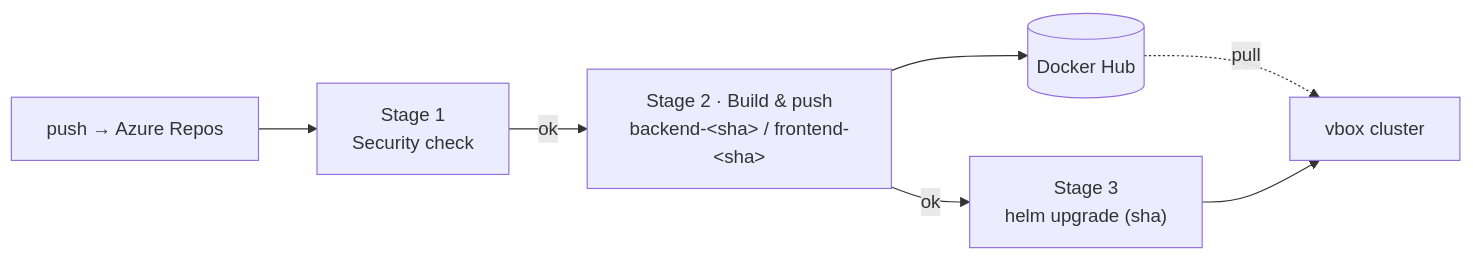
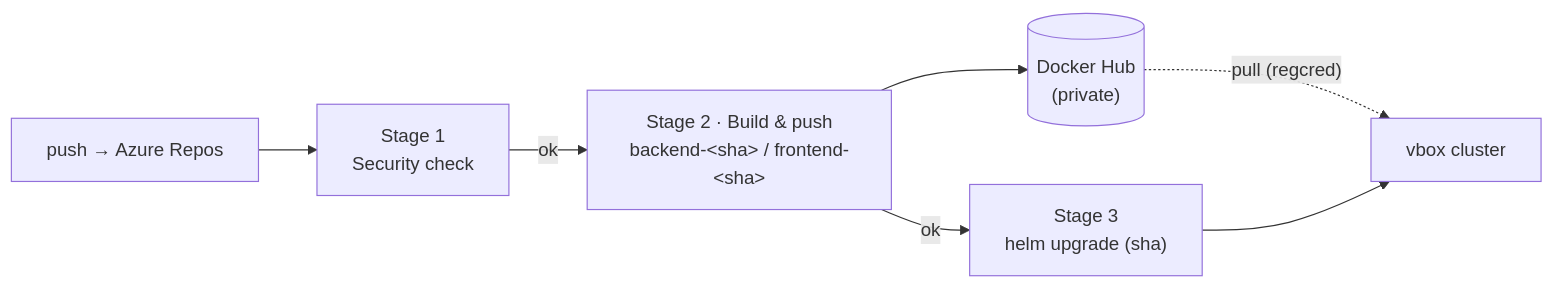
Before and after one commit to thientr18/MERN-simple-app: the first of 2 diagrams in README.md, drawn with Mermaid. The commit also changed other lines of this file and 3 other files, not shown here.

````diff
--- a/README.md
+++ b/README.md
@@ -18,9 +19,9 @@
 ```mermaid
 flowchart LR
     P["push → Azure Repos"] --> S["Stage 1<br/>Security check"]
     S -->|ok| B["Stage 2 · Build & push<br/>backend-&lt;sha&gt; / frontend-&lt;sha&gt;"]
     B -->|ok| D["Stage 3<br/>helm upgrade (sha)"]
-    B --> H[("Docker Hub")]
-    H -. pull .-> K["vbox cluster"]
+    B --> H[("Docker Hub<br/>(private)")]
+    H -. "pull (regcred)" .-> K["vbox cluster"]
     D --> K
 ```
````
